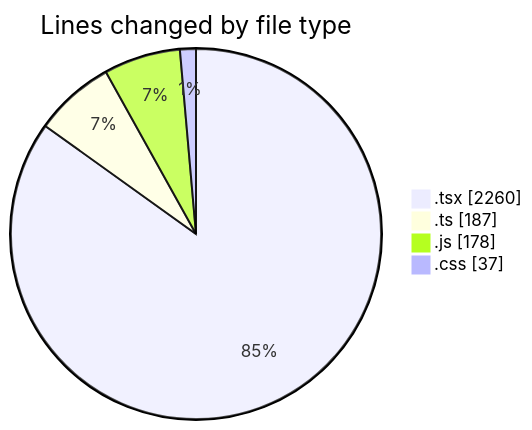
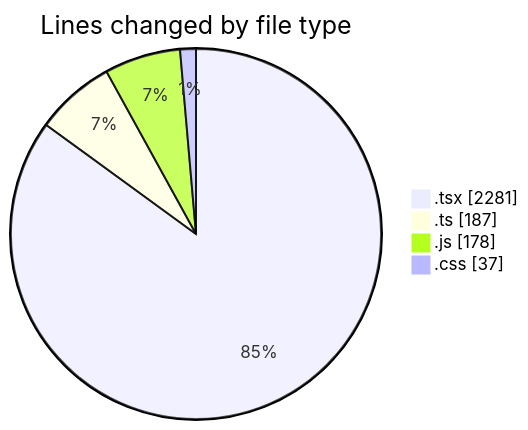
The first of 2 diagrams in 2025-02-03/mbc-web/README.md (robertbonfada/code-tracking), drawn with Mermaid before and after one commit. The commit also changed other lines of this file and 1 other file, not shown here.

````diff
--- a/2025-02-03/mbc-web/README.md
+++ b/2025-02-03/mbc-web/README.md
@@ -33,8 +33,8 @@
 ```mermaid
 pie showData
 title Lines changed by file type
-".tsx" : 2260
+".tsx" : 2281
 ".ts" : 187
 ".js" : 178
 ".css" : 37
 ```
````
